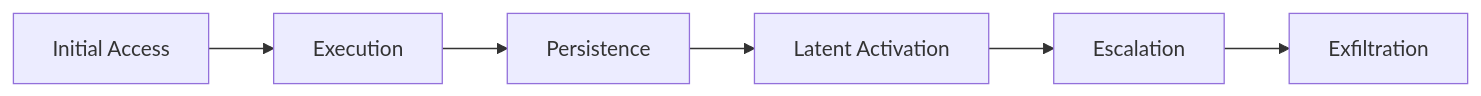
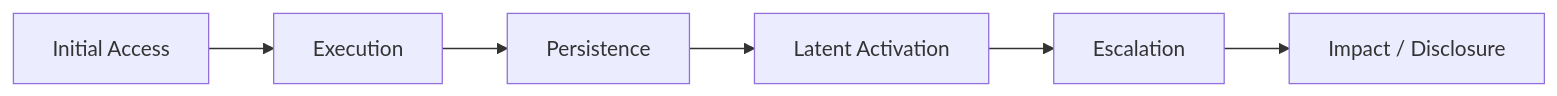
One commit to KevinOBytes/AgentBoundary changed the first of 2 diagrams in docs/attack_taxonomy.md. Above: the diagram before and after it, drawn with Mermaid. The commit also changed 39 other files, not shown here.

````diff
--- a/docs/attack_taxonomy.md
+++ b/docs/attack_taxonomy.md
@@ -14,8 +14,8 @@
 ```mermaid
 flowchart LR
   A[Initial Access] --> B[Execution]
   B --> C[Persistence]
   C --> D[Latent Activation]
   D --> E[Escalation]
-  E --> F[Exfiltration]
+  E --> F[Impact / Disclosure]
 ```
````
